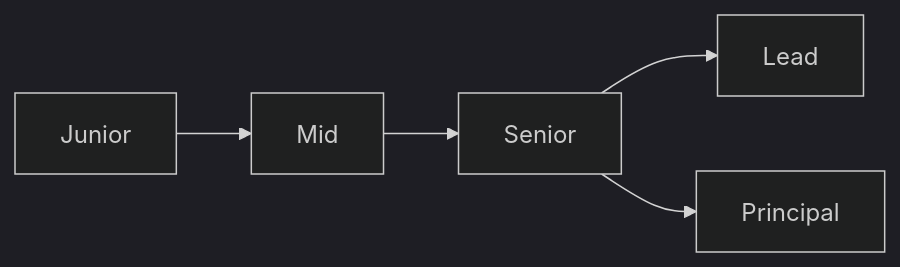
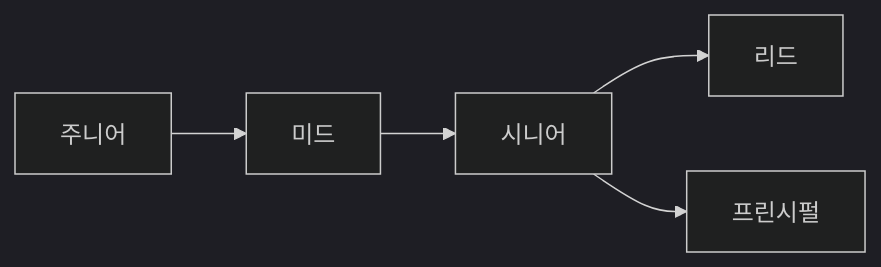
One commit to yeongseon-books/book-content changed the diagram in content/developer-career-101/ko/01-what-is-developer-career.md. Above: the diagram before and after it, drawn with Mermaid (dark theme). The commit also changed other lines of this file and 9 other files, not shown here.

````diff
--- a/content/developer-career-101/ko/01-what-is-developer-career.md
+++ b/content/developer-career-101/ko/01-what-is-developer-career.md
@@ -33,7 +46,7 @@
 ```mermaid
 flowchart LR
-    J[Junior] --> M[Mid]
-    M --> S[Senior]
-    S --> L[Lead]
-    S --> P[Principal]
+    J[주니어] --> M[미드]
+    M --> S[시니어]
+    S --> L[리드]
+    S --> P[프린시펄]
 ```
````
